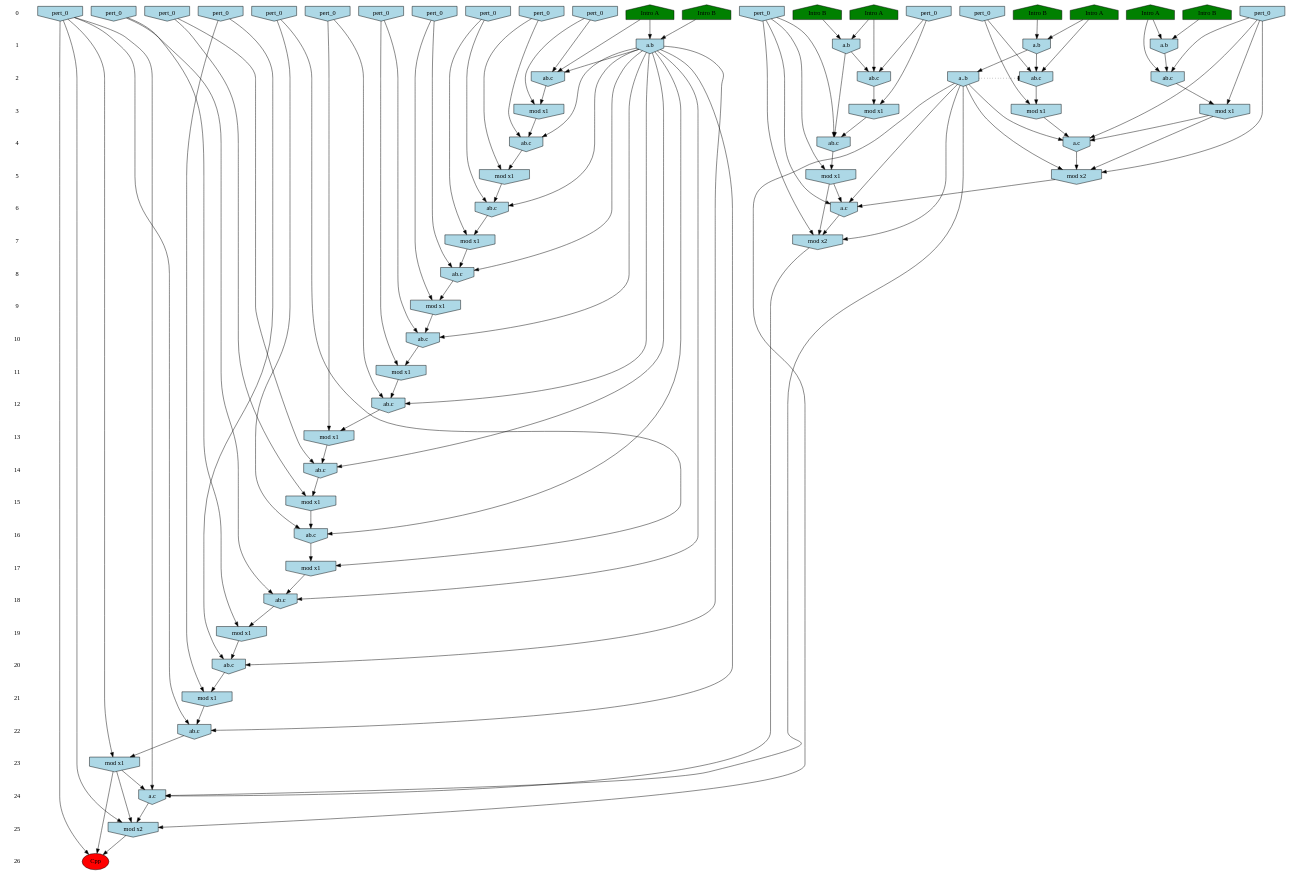
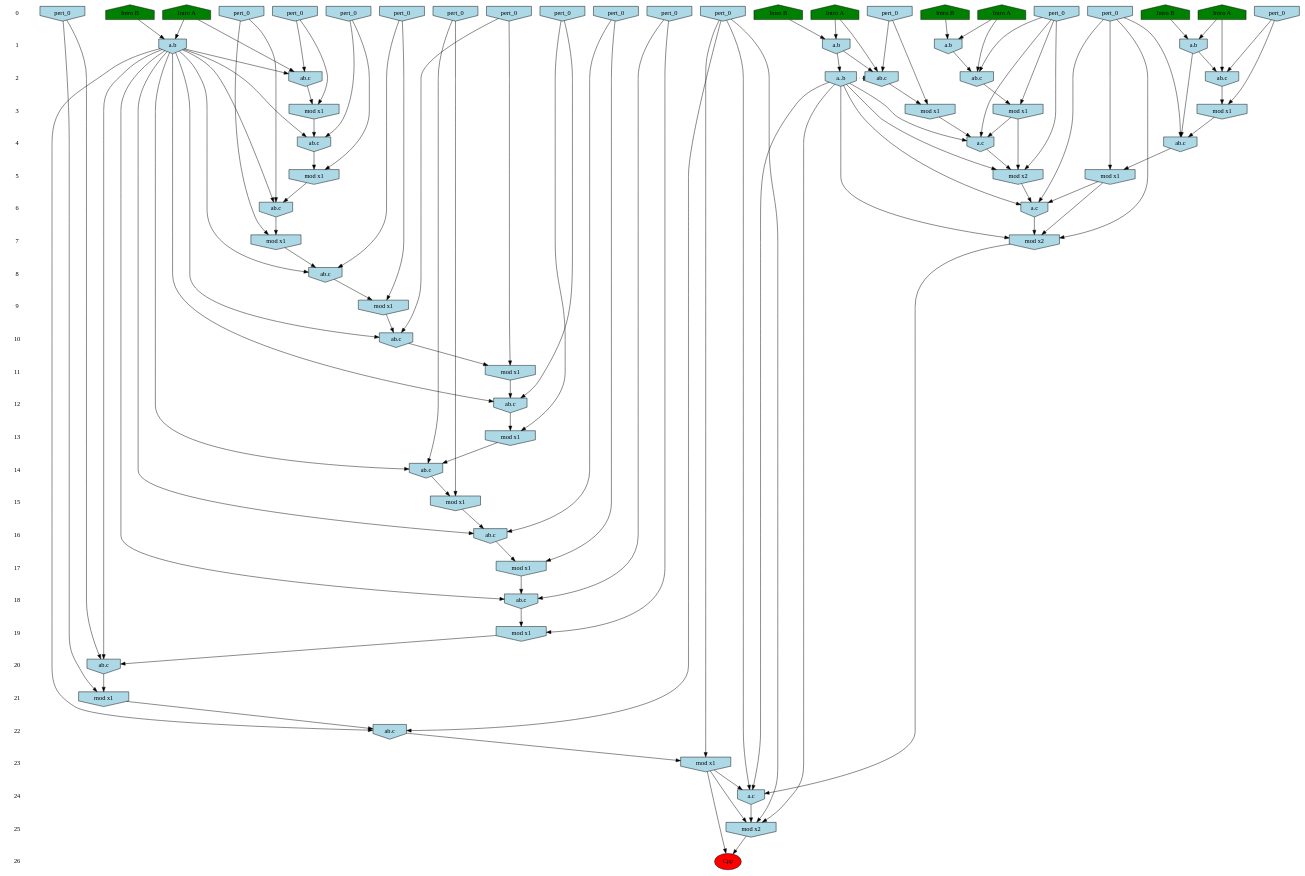
Before and after one commit to Kappa-Dev/KappaTools: the diagram in models/cflows/abc-pert/expected-output/cflow_8.dot, drawn with Graphviz. The commit also changed 40 other files, not shown here.

```diff
--- a/models/cflows/abc-pert/expected-output/cflow_8.dot
+++ b/models/cflows/abc-pert/expected-output/cflow_8.dot
@@ -228,11 +228,10 @@
 node_33 -> node_64
 node_61 -> node_64
 node_63 -> node_64
-node_18 -> node_65
 node_61 -> node_65
 node_64 -> node_65
 node_33 -> node_31 [style=dotted, arrowhead = tee] 
 }
 /*
- Dot generation time: 0.000000
+ Dot generation time: 0.004000
 */
```
